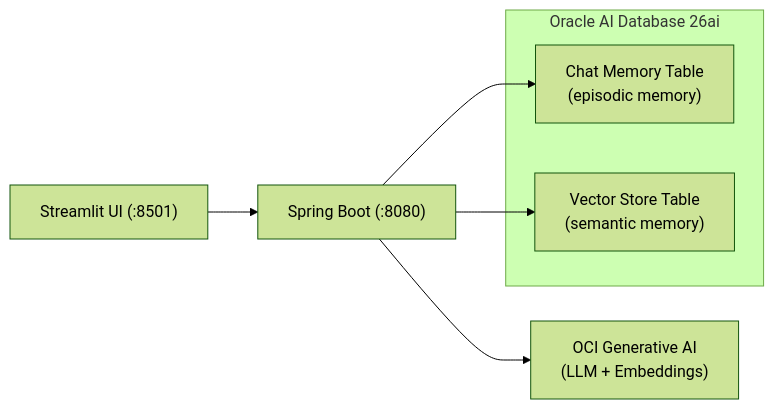
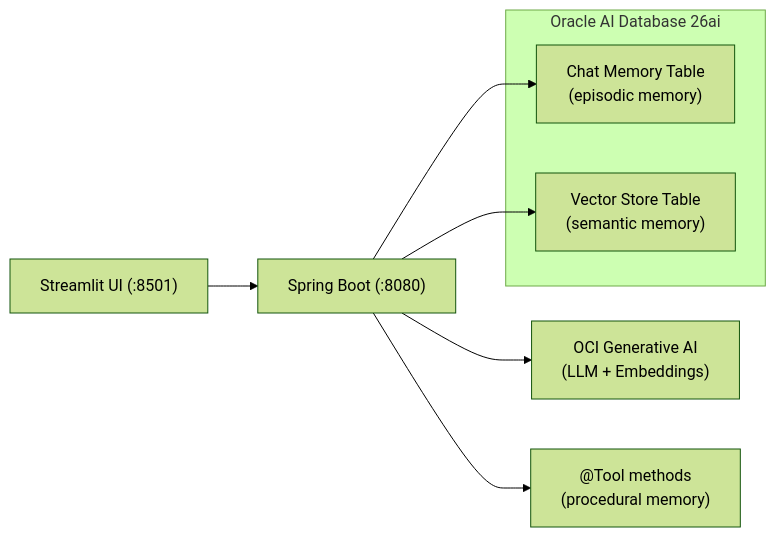
One commit to vmleon/oracle-database-java-agent-memory changed the second of 2 diagrams in docs/blog.md. Above: the diagram before and after it, drawn with Mermaid (forest theme). The commit also changed other lines of this file and 2 other files, not shown here.

Commit message:
Add procedural memory scaffolding

````diff
--- a/docs/blog.md
+++ b/docs/blog.md
@@ -37,12 +42,13 @@
 ```mermaid
 graph LR
     UI["Streamlit UI (:8501)"] --> API["Spring Boot (:8080)"]
     API --> OCI["OCI Generative AI<br/>(LLM + Embeddings)"]
     API --> CM["Chat Memory Table<br/>(episodic memory)"]
     API --> VS["Vector Store Table<br/>(semantic memory)"]
+    API --> Tools["@Tool methods<br/>(procedural memory)"]
 
     subgraph Oracle AI Database 26ai
         CM
         VS
     end
 ```
````
